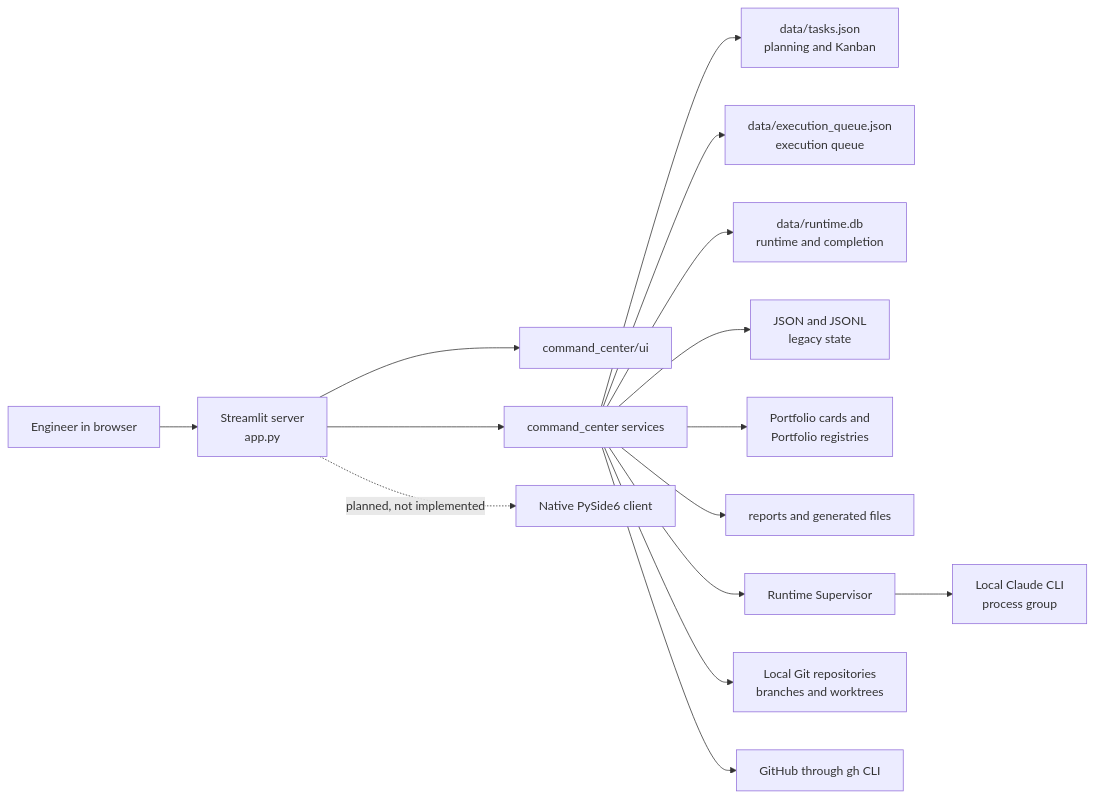
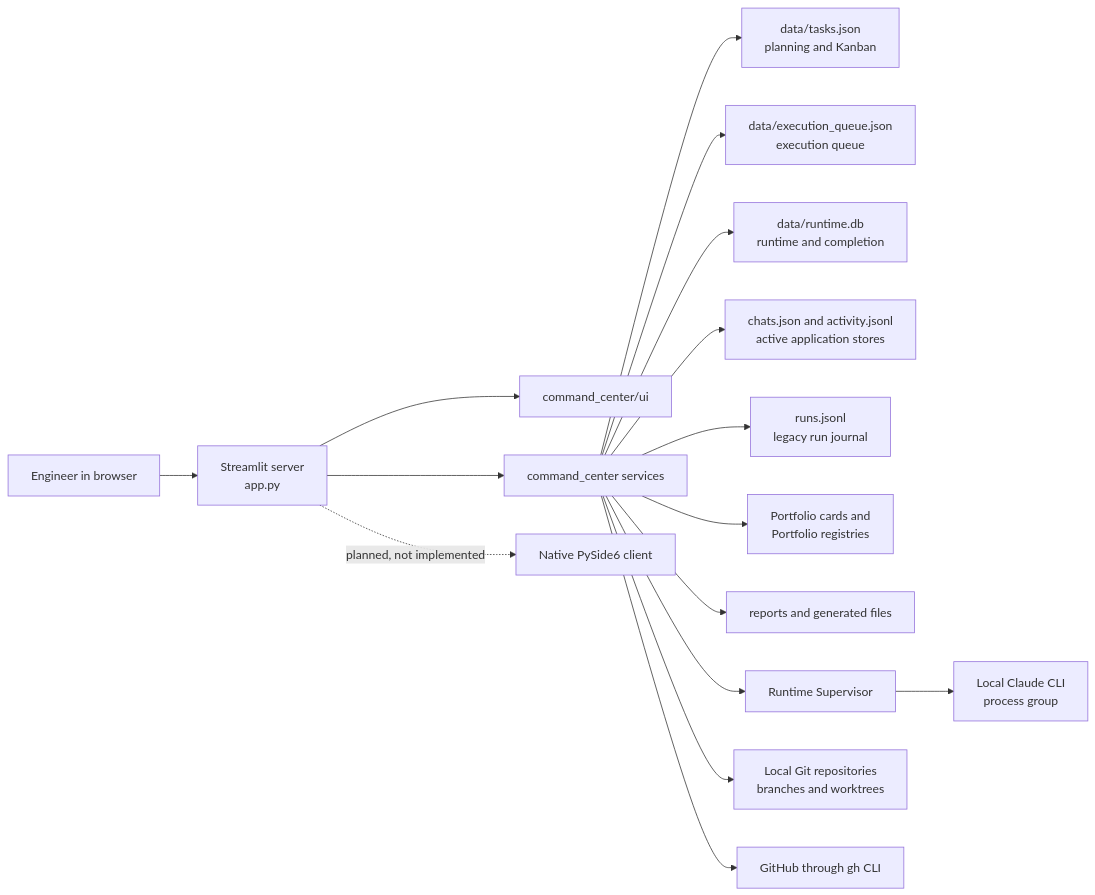
One commit to dimastov-lab/ai-command-center changed the diagram in ARCHITECTURE.md. Above: the diagram before and after it, drawn with Mermaid. The commit also changed other lines of this file and 1 other file, not shown here.

````diff
--- a/ARCHITECTURE.md
+++ b/ARCHITECTURE.md
@@ -20,20 +20,21 @@
 ```mermaid
 flowchart LR
     Operator["Engineer in browser"] --> Streamlit["Streamlit server<br/>app.py"]
     Streamlit --> UI["command_center/ui"]
     Streamlit --> Services["command_center services"]
 
     Services --> Planning["data/tasks.json<br/>planning and Kanban"]
     Services --> Queue["data/execution_queue.json<br/>execution queue"]
     Services --> Runtime["data/runtime.db<br/>runtime and completion"]
-    Services --> Legacy["JSON and JSONL<br/>legacy state"]
+    Services --> AppStores["chats.json and activity.jsonl<br/>active application stores"]
+    Services --> Legacy["runs.jsonl<br/>legacy run journal"]
     Services --> Portfolio["Portfolio cards and<br/>Portfolio registries"]
     Services --> Artifacts["reports and generated files"]
 
     Services --> Supervisor["Runtime Supervisor"]
     Supervisor --> Claude["Local Claude CLI<br/>process group"]
     Services --> Git["Local Git repositories<br/>branches and worktrees"]
     Services --> GitHub["GitHub through gh CLI"]
 
     Streamlit -. "planned, not implemented" .-> Desktop["Native PySide6 client"]
 ```
````
